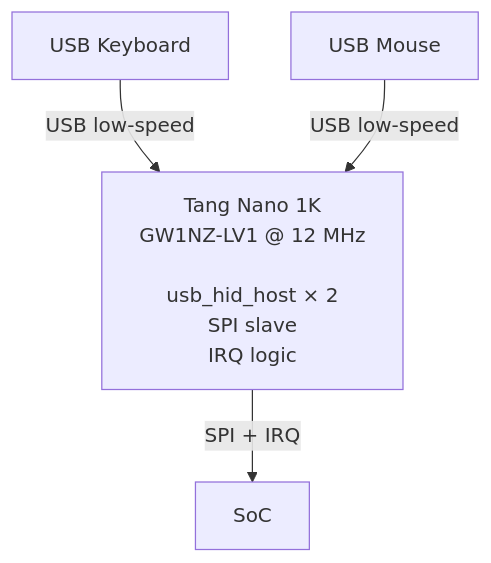
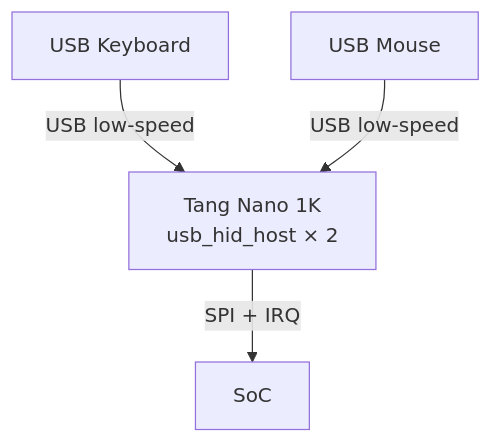
The diagram in README.md (jonathan-gaul/rexta-usb), drawn with Mermaid before and after one commit.

Commit message:
Fix controller hardware description in diagram

````diff
--- a/README.md
+++ b/README.md
@@ -9,14 +9,14 @@
 ```mermaid
 flowchart TD
     kbd["USB Keyboard"]    
     mse["USB Mouse"]
 
     kbd-- USB low-speed -->nano
     mse-- USB low-speed -->nano
 
-    nano["Tang Nano 1K\nGW1NZ-LV1 @ 12 MHz\n\nusb_hid_host × 2\nSPI slave\nIRQ logic"]
+    nano["Tang Nano 1K<br />usb_hid_host × 2"]
     
     nano-- SPI + IRQ -->cpu
     
     cpu["SoC"]    
 ```
````
